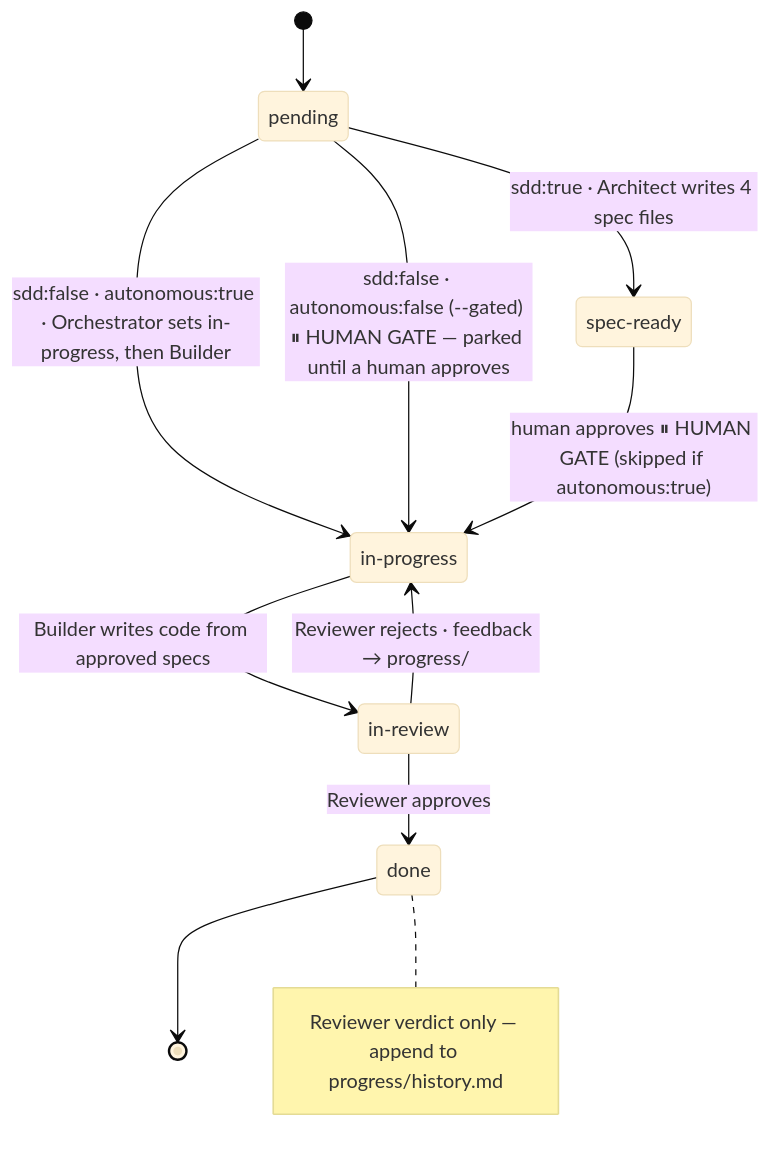
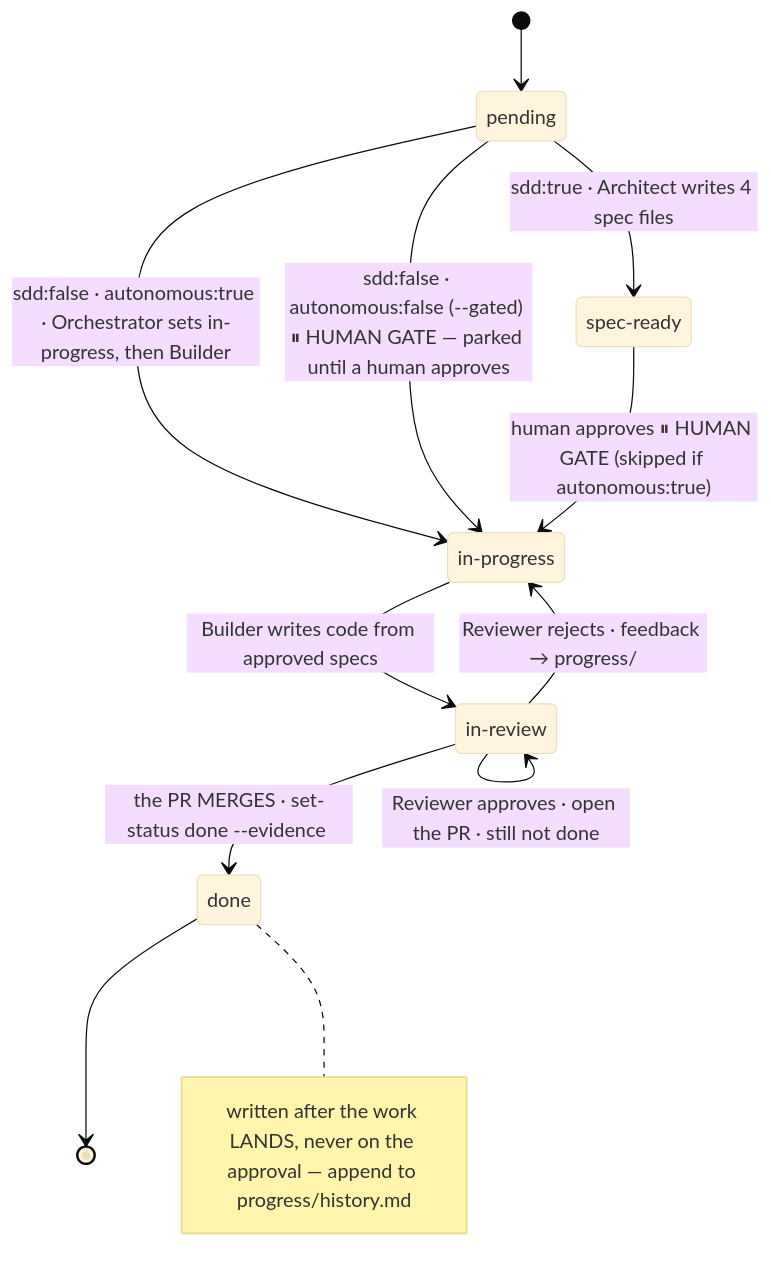
The second of 2 diagrams in docs/WORKFLOW.md (araozmd/harness-sdd), drawn with Mermaid (base theme) before and after one commit. The commit also changed other lines of this file and 6 other files, not shown here.

First line of the commit message:
:memo: E99-F102a round 1: write `done` AFTER the merge — the documented order defeated the mechanism

````diff
--- a/docs/WORKFLOW.md
+++ b/docs/WORKFLOW.md
@@ -265,17 +265,18 @@
 ```mermaid
 stateDiagram-v2
     state "spec-ready" as spec_ready
     state "in-progress" as in_progress
     state "in-review" as in_review
 
     [*] --> pending
     pending --> spec_ready: sdd:true · Architect writes 4 spec files
     pending --> in_progress: sdd:false · autonomous:true · Orchestrator sets in-progress, then Builder
     pending --> in_progress: sdd:false · autonomous:false (--gated) ⏸ HUMAN GATE — parked until a human approves
     spec_ready --> in_progress: human approves ⏸ HUMAN GATE (skipped if autonomous:true)
     in_progress --> in_review: Builder writes code from approved specs
-    in_review --> done: Reviewer approves
+    in_review --> in_review: Reviewer approves · open the PR · still not done
+    in_review --> done: the PR MERGES · set-status done --evidence <merge commit>
     in_review --> in_progress: Reviewer rejects · feedback → progress/
     done --> [*]
-    note right of done: Reviewer verdict only — append to progress/history.md
+    note right of done: written after the work LANDS, never on the approval — append to progress/history.md
 ```
````
